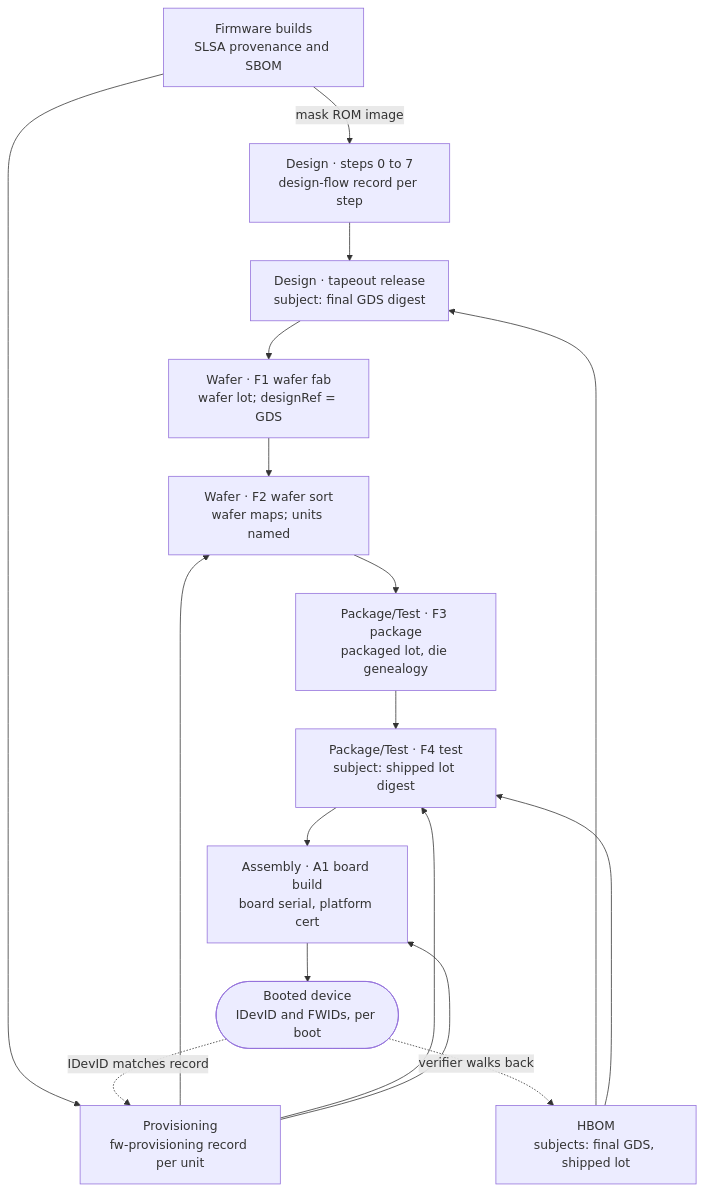
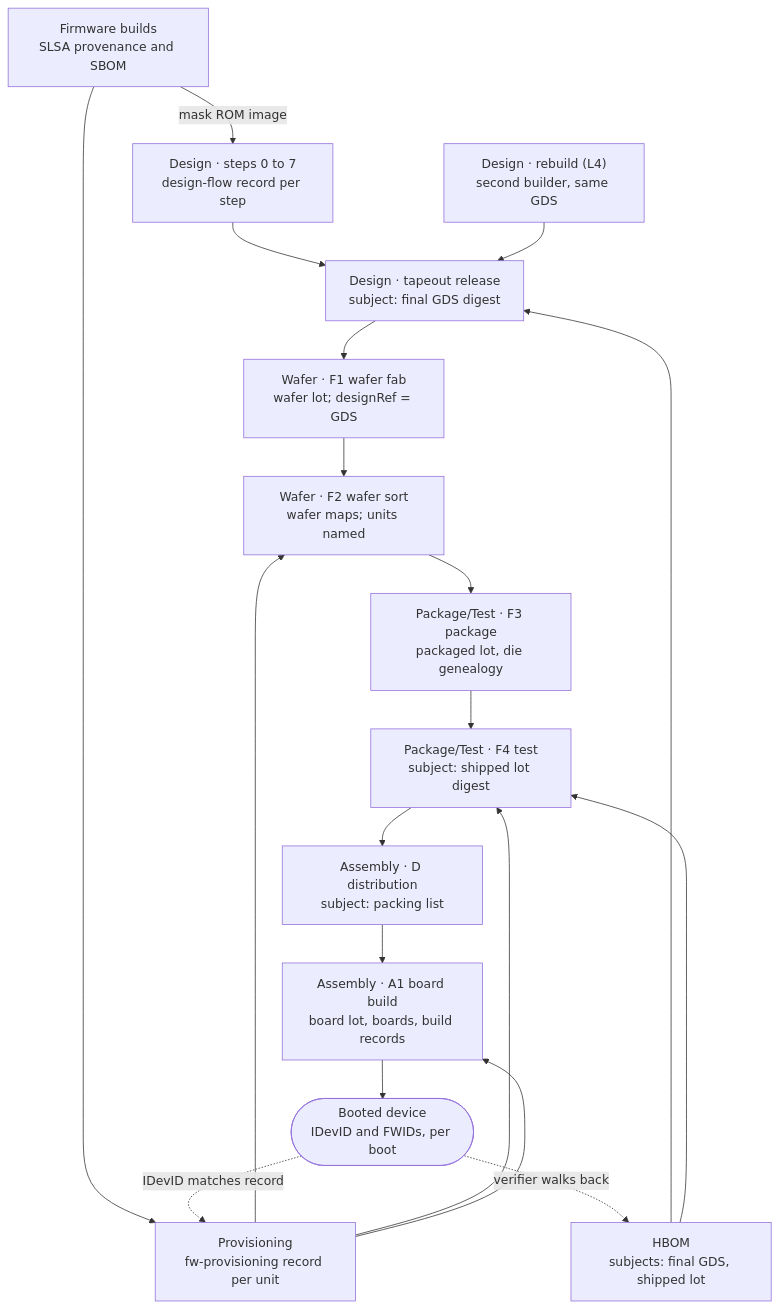
One commit to Horiodino/hw-slsa changed the diagram in spec/hslsa-v0.1.md. Above: the diagram before and after it, drawn with Mermaid. The commit also changed other lines of this file, not shown here.

First line of the commit message:
Update the spec with what the board, OpenLane 2 and Caliptra examples need

````diff
--- a/spec/hslsa-v0.1.md
+++ b/spec/hslsa-v0.1.md
@@ -170,24 +244,27 @@
 ```mermaid
 flowchart TD
   FW["Firmware builds<br/>SLSA provenance and SBOM"]
   D["Design · steps 0 to 7<br/>design-flow record per step"]
   R["Design · tapeout release<br/>subject: final GDS digest"]
   F1["Wafer · F1 wafer fab<br/>wafer lot; designRef = GDS"]
   F2["Wafer · F2 wafer sort<br/>wafer maps; units named"]
   F3["Package/Test · F3 package<br/>packaged lot, die genealogy"]
   F4["Package/Test · F4 test<br/>subject: shipped lot digest"]
-  A1["Assembly · A1 board build<br/>board serial, platform cert"]
+  DI["Assembly · D distribution<br/>subject: packing list"]
+  A1["Assembly · A1 board build<br/>board lot, boards, build records"]
+  RB["Design · rebuild (L4)<br/>second builder, same GDS"]
   DEV(["Booted device<br/>IDevID and FWIDs, per boot"])
   P["Provisioning<br/>fw-provisioning record per unit"]
   H["HBOM<br/>subjects: final GDS, shipped lot"]
   FW -- "mask ROM image" --> D
-  D --> R --> F1 --> F2 --> F3 --> F4 --> A1 --> DEV
+  D --> R --> F1 --> F2 --> F3 --> F4 --> DI --> A1 --> DEV
+  RB --> R
   FW --> P
   P --> F2
   P --> F4
   P --> A1
   H --> R
   H --> F4
   DEV -. "IDevID matches record" .-> P
   DEV -. "verifier walks back" .-> H
 ```
````
